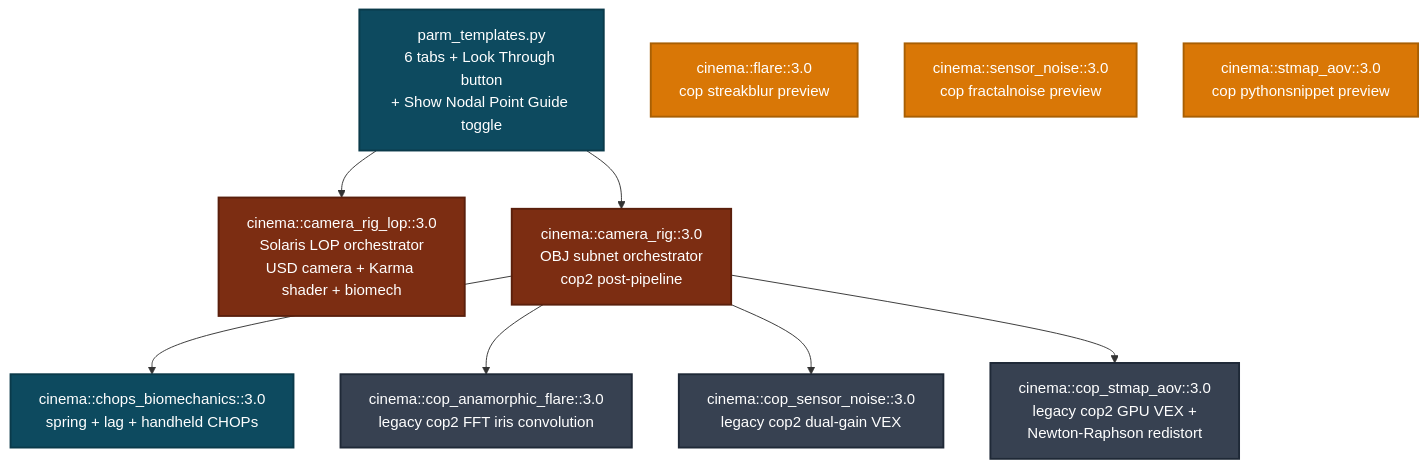
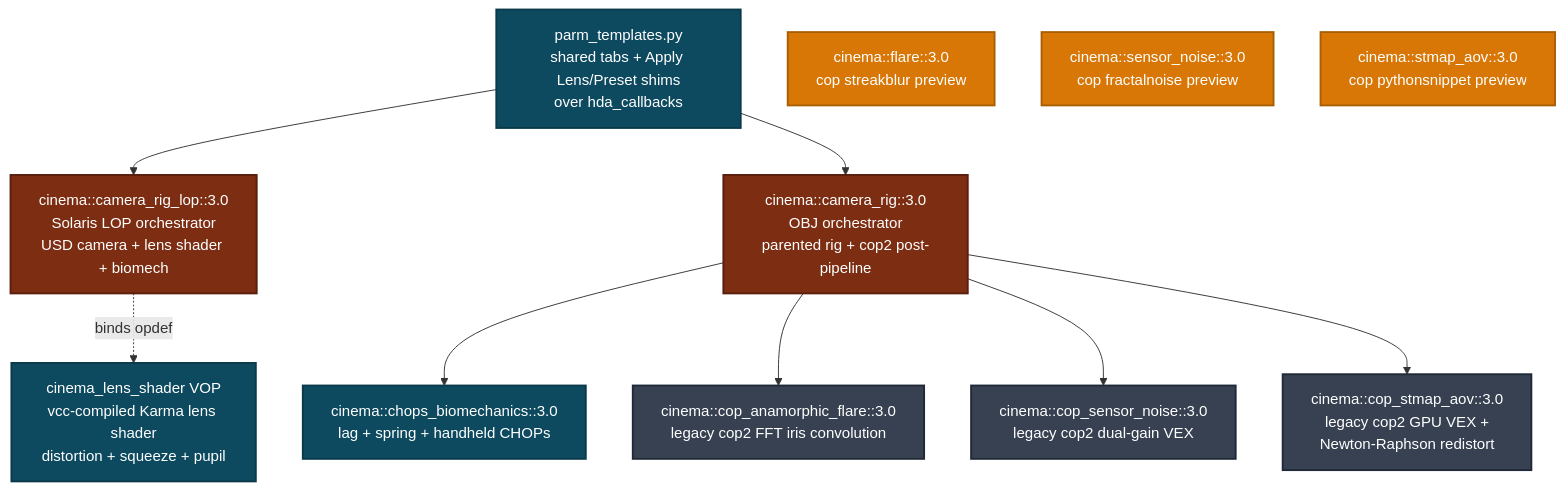
One commit to JosephOIbrahim/Houdini_Camera_Rig_System changed the third of 4 diagrams in README.md. Above: the diagram before and after it, drawn with Mermaid. The commit also changed other lines of this file and 31 other files, not shown here.

First line of the commit message:
v3.4: Registry-wired rigs, real Karma lens shader, parented OBJ rig

````diff
--- a/README.md
+++ b/README.md
@@ -210,30 +212,32 @@
 ```mermaid
 flowchart TB
-    PT[parm_templates.py<br/>6 tabs + Look Through button<br/>+ Show Nodal Point Guide toggle]:::shared
+    PT["parm_templates.py<br/>shared tabs + Apply Lens/Preset shims<br/>over hda_callbacks"]:::shared
 
-    LOP[cinema::camera_rig_lop::3.0<br/>Solaris LOP orchestrator<br/>USD camera + Karma shader + biomech]:::orch
-    OBJ[cinema::camera_rig::3.0<br/>OBJ subnet orchestrator<br/>cop2 post-pipeline]:::orch
+    LOP["cinema::camera_rig_lop::3.0<br/>Solaris LOP orchestrator<br/>USD camera + lens shader + biomech"]:::orch
+    OBJ["cinema::camera_rig::3.0<br/>OBJ orchestrator<br/>parented rig + cop2 post-pipeline"]:::orch
 
-    CHOPS[cinema::chops_biomechanics::3.0<br/>spring + lag + handheld CHOPs]:::sat
+    VOPLENS["cinema_lens_shader VOP<br/>vcc-compiled Karma lens shader<br/>distortion + squeeze + pupil"]:::sat
+    CHOPS["cinema::chops_biomechanics::3.0<br/>lag + spring + handheld CHOPs"]:::sat
 
-    L_FLARE[cinema::cop_anamorphic_flare::3.0<br/>legacy cop2 FFT iris convolution]:::legacy
-    L_NOISE[cinema::cop_sensor_noise::3.0<br/>legacy cop2 dual-gain VEX]:::legacy
-    L_STMAP[cinema::cop_stmap_aov::3.0<br/>legacy cop2 GPU VEX +<br/>Newton-Raphson redistort]:::legacy
+    L_FLARE["cinema::cop_anamorphic_flare::3.0<br/>legacy cop2 FFT iris convolution"]:::legacy
+    L_NOISE["cinema::cop_sensor_noise::3.0<br/>legacy cop2 dual-gain VEX"]:::legacy
+    L_STMAP["cinema::cop_stmap_aov::3.0<br/>legacy cop2 GPU VEX +<br/>Newton-Raphson redistort"]:::legacy
 
-    V_FLARE[cinema::flare::3.0<br/>cop streakblur preview]:::preview
-    V_NOISE[cinema::sensor_noise::3.0<br/>cop fractalnoise preview]:::preview
-    V_STMAP[cinema::stmap_aov::3.0<br/>cop pythonsnippet preview]:::preview
+    V_FLARE["cinema::flare::3.0<br/>cop streakblur preview"]:::preview
+    V_NOISE["cinema::sensor_noise::3.0<br/>cop fractalnoise preview"]:::preview
+    V_STMAP["cinema::stmap_aov::3.0<br/>cop pythonsnippet preview"]:::preview
 
     PT --> LOP
     PT --> OBJ
+    LOP -.binds opdef.-> VOPLENS
     OBJ --> CHOPS
     OBJ --> L_FLARE
     OBJ --> L_NOISE
     OBJ --> L_STMAP
 
     classDef shared  fill:#0d4a5f,stroke:#0a3a4a,color:#fff,stroke-width:2px
     classDef orch    fill:#7c2d12,stroke:#5a1f0c,color:#fff,stroke-width:2px
     classDef sat     fill:#0d4a5f,stroke:#0a3a4a,color:#fff,stroke-width:2px
     classDef legacy  fill:#374151,stroke:#1f2937,color:#fff,stroke-width:2px
     classDef preview fill:#d97706,stroke:#a85f04,color:#fff,stroke-width:2px
 ```
````
